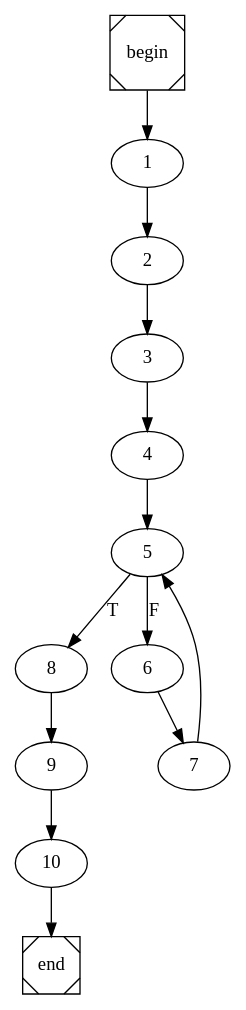
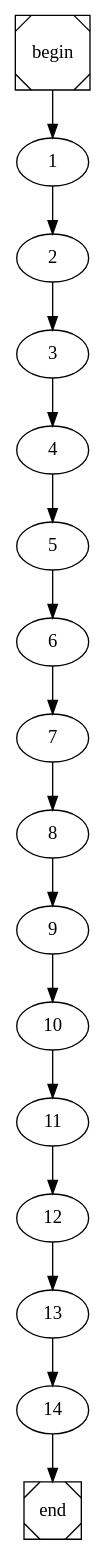
One commit to TheZambi/COMP changed the diagram in main.dot. Above: the diagram before and after it, drawn with Graphviz. The commit also changed 5 other files, not shown here.

```diff
--- a/main.dot
+++ b/main.dot
@@ -1,4 +1,4 @@
 digraph cfg {
 	begin [shape=Msquare];
 	end [shape=Msquare];
-	begin -> 1;	1 -> 2;	2 -> 3;	3 -> 4;	4 -> 5;	5 -> 8[label=T];	5 -> 6[label=F];	6 -> 7;	7 -> 5;	8 -> 9;	9 -> 10;	10 -> end;}
+	begin -> 1;	1 -> 2;	2 -> 3;	3 -> 4;	4 -> 5;	5 -> 6;	6 -> 7;	7 -> 8;	8 -> 9;	9 -> 10;	10 -> 11;	11 -> 12;	12 -> 13;	13 -> 14;	14 -> end;}
```
